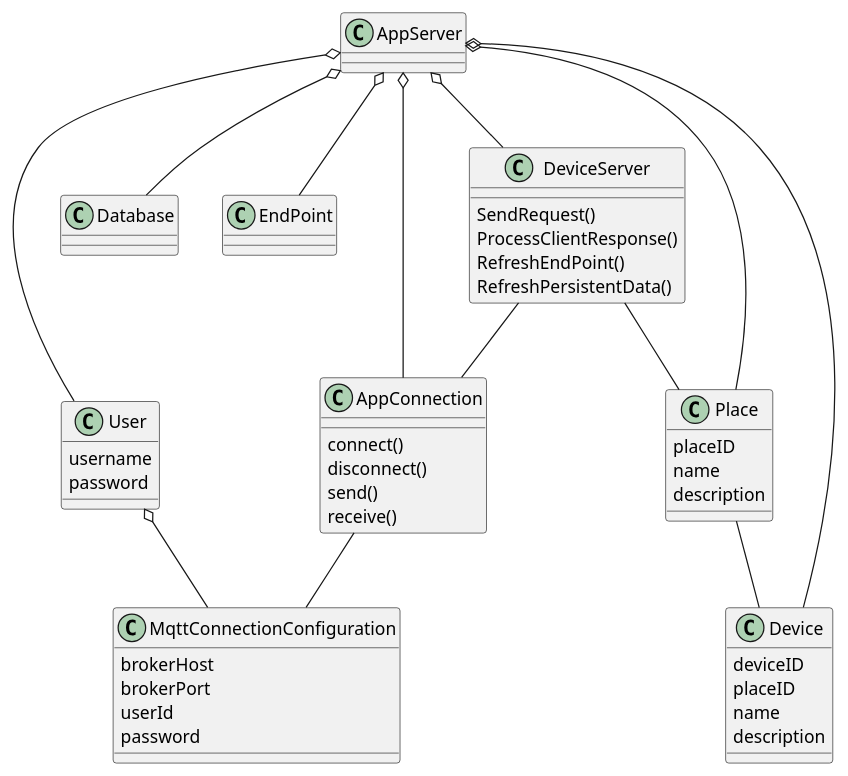
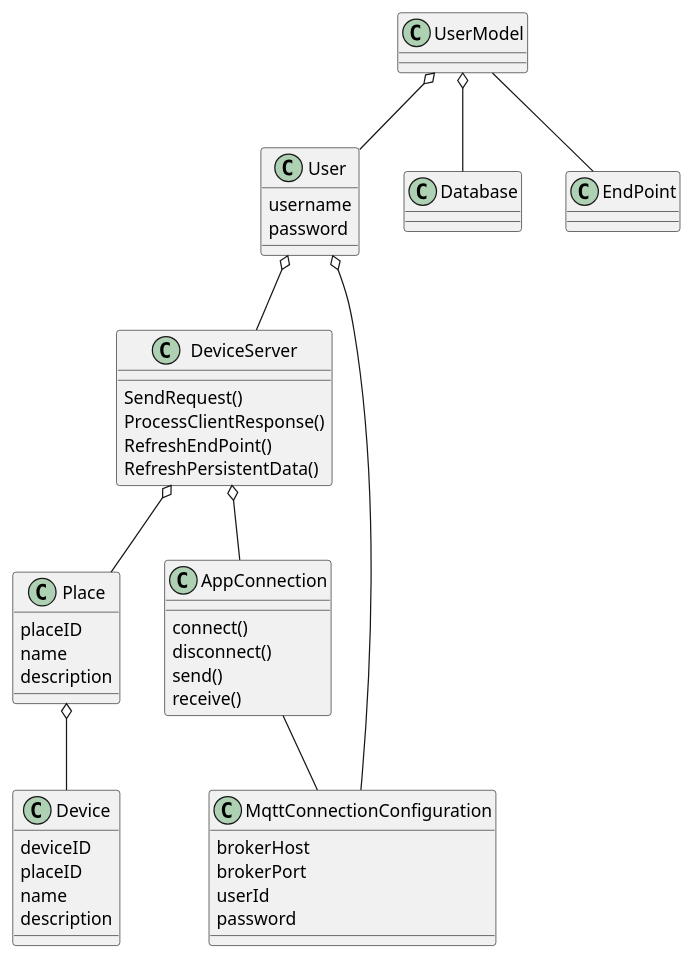
One commit to hectorgastaminza/Iot changed the diagram in comiot/Diagrams/DDeviceServer.puml. Above: the diagram before and after it, drawn with PlantUML. The commit also changed 8 other files, not shown here.

```diff
--- a/comiot/Diagrams/DDeviceServer.puml
+++ b/comiot/Diagrams/DDeviceServer.puml
@@ -1,56 +1,51 @@
 @startuml
-class AppServer{
+class UserModel{
 }
 class User{
 username
 password
 }
 class Database{
 }
 class EndPoint{
 }
 class DeviceServer{
 	SendRequest()
 	ProcessClientResponse()
 	RefreshEndPoint()
 	RefreshPersistentData()
 }
 class AppConnection {
 	connect()
 	disconnect()
 	send()
 	receive()
 }
 class Place {
 placeID
 name
 description
 }
 class Device {
 deviceID
 placeID
 name
 description
 }
 class MqttConnectionConfiguration{
   brokerHost
   brokerPort
   userId
   password
 }
 
-AppServer o-- User
+UserModel o-- User
 User o-- MqttConnectionConfiguration
 AppConnection -- MqttConnectionConfiguration
-AppServer o-- Database
-AppServer o-- EndPoint
-AppServer o-- DeviceServer
-AppServer o-- AppConnection
-AppServer o-- Device
-AppServer o-- Place
-DeviceServer -- AppConnection
-DeviceServer -- Place
-Place -- Device
-
-
+UserModel o-- Database
+UserModel -- EndPoint
+User o-- DeviceServer
+DeviceServer o-- AppConnection
+DeviceServer o-- Place
+Place o-- Device
 @enduml
```
